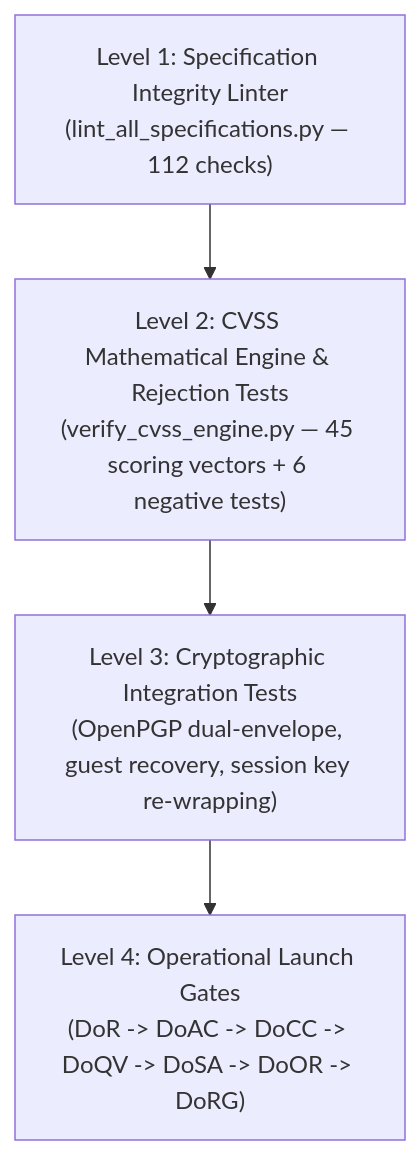
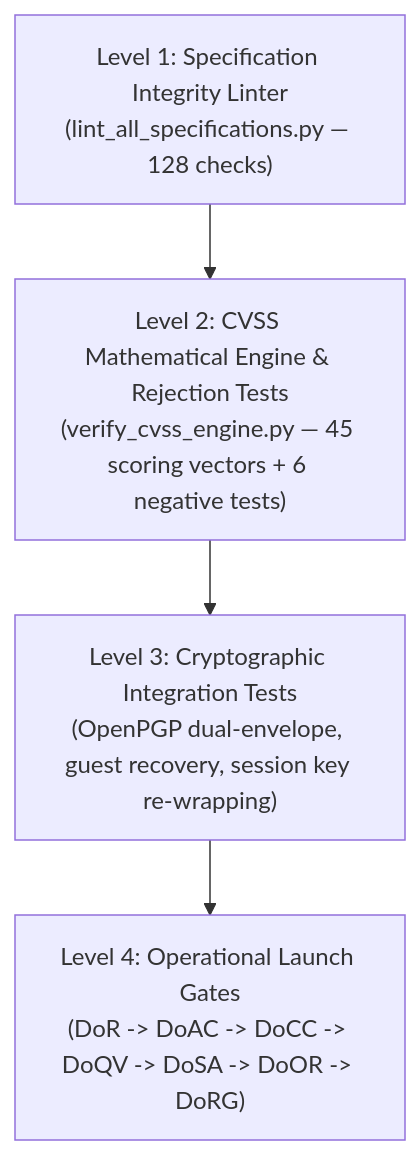
Before and after one commit to Taha-Asad/BugBountyTracker: the diagram in README.md, drawn with Mermaid. The commit also changed other lines of this file and 12 other files, not shown here.

````diff
--- a/README.md
+++ b/README.md
@@ -115,6 +115,6 @@
 ```mermaid
 flowchart TD
-    L1["Level 1: Specification Integrity Linter<br/>(lint_all_specifications.py — 112 checks)"] --> L2["Level 2: CVSS Mathematical Engine & Rejection Tests<br/>(verify_cvss_engine.py — 45 scoring vectors + 6 negative tests)"]
+    L1["Level 1: Specification Integrity Linter<br/>(lint_all_specifications.py — 128 checks)"] --> L2["Level 2: CVSS Mathematical Engine & Rejection Tests<br/>(verify_cvss_engine.py — 45 scoring vectors + 6 negative tests)"]
     L2 --> L3["Level 3: Cryptographic Integration Tests<br/>(OpenPGP dual-envelope, guest recovery, session key re-wrapping)"]
     L3 --> L4["Level 4: Operational Launch Gates<br/>(DoR -> DoAC -> DoCC -> DoQV -> DoSA -> DoOR -> DoRG)"]
 ```
````
